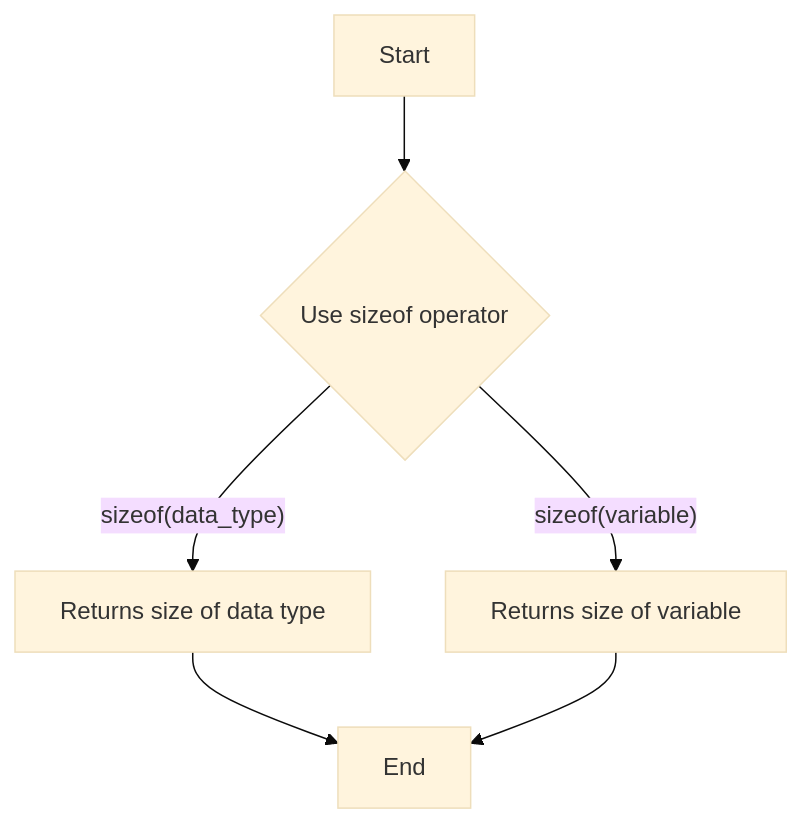
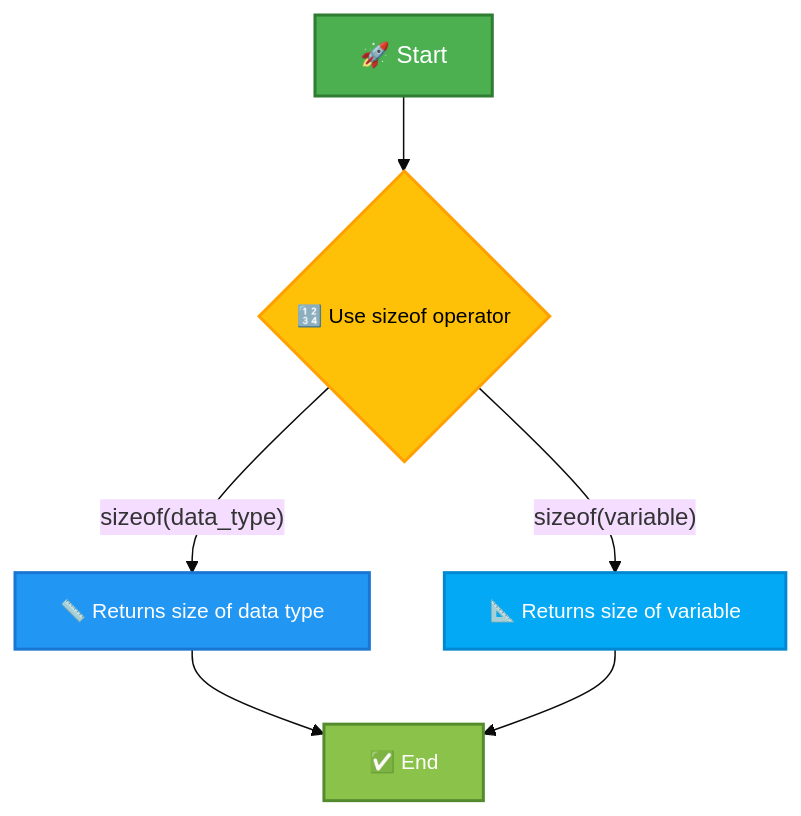
One commit to infoyouth/infoyouth.github.io changed the seventh of 8 diagrams in _posts/2024-11-26-c-operators.md. Above: the diagram before and after it, drawn with Mermaid (base theme). The commit also changed other lines of this file and 1 other file, not shown here.

````diff
--- a/_posts/2024-11-26-c-operators.md
+++ b/_posts/2024-11-26-c-operators.md
@@ -1117,8 +1282,15 @@
 ```mermaid
 graph TD
-    A[Start] --> B{Use sizeof operator};
-    B -- sizeof(data_type) --> C[Returns size of data type];
-    B -- sizeof(variable) --> D[Returns size of variable];
-    C --> E[End];
-    D --> E;
+    A[🚀 Start] --> B{🔢 Use sizeof operator};
+    B -- sizeof(data_type) --> C[📏 Returns size of data type];
+    B -- sizeof(variable) --> D[📐 Returns size of variable];
+    C --> E[✅ End];
+    D --> E[✅ End];
+
+    style A fill:#4CAF50,stroke:#2E7D32,stroke-width:2px,color:#FFFFFF,font-size:16px
+    style B fill:#FFC107,stroke:#FFA000,stroke-width:2px,color:#000000,font-size:14px
+    style C fill:#2196F3,stroke:#1976D2,stroke-width:2px,color:#FFFFFF,font-size:14px
+    style D fill:#03A9F4,stroke:#0288D1,stroke-width:2px,color:#FFFFFF,font-size:14px
+    style E fill:#8BC34A,stroke:#558B2F,stroke-width:2px,color:#FFFFFF,font-size:14px
+
 ```
````
